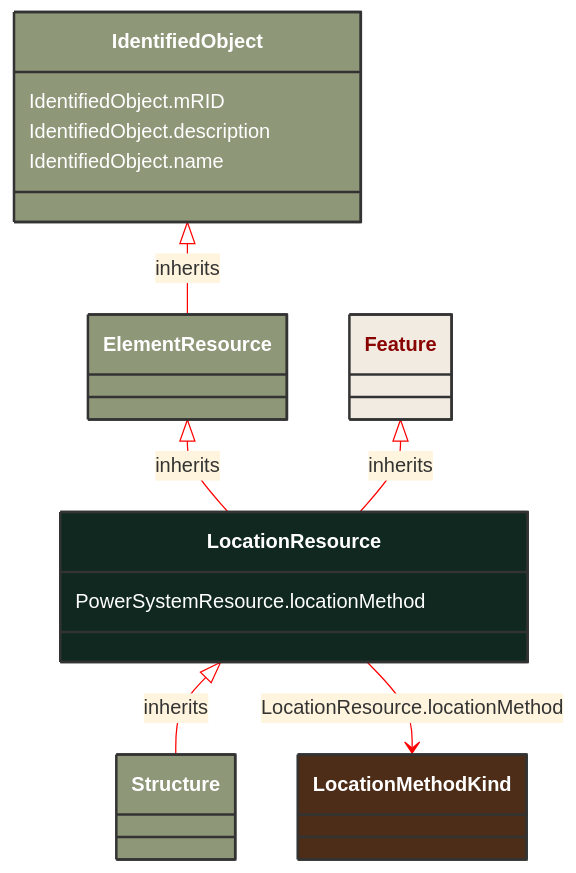
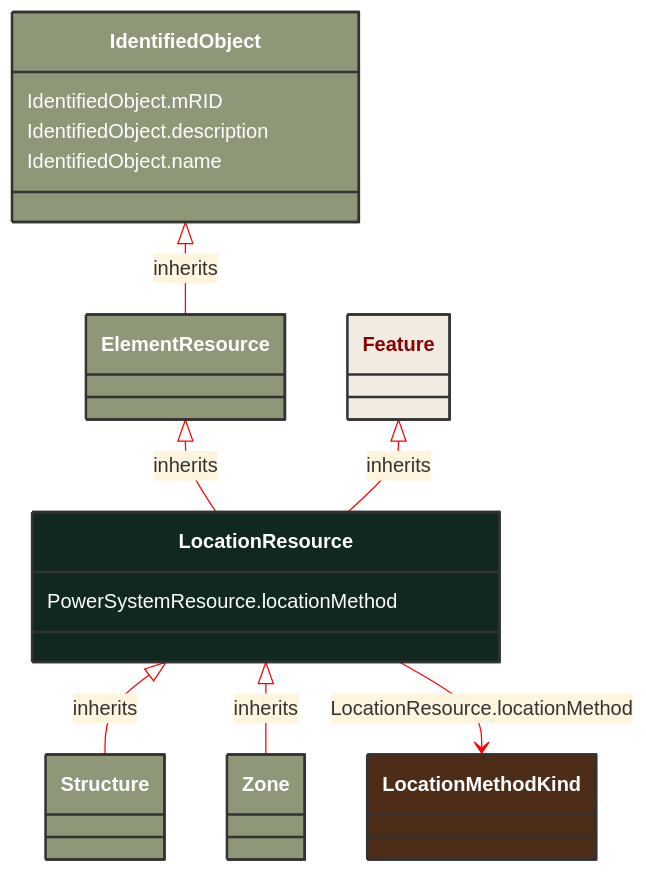
Before and after one commit to 3lbits/NoCIMExtensions: the diagram in docs/Models/Profiles/AviationObstacle/AbstractClasses/LocationResource.md, drawn with Mermaid. The commit also changed 63 other files, not shown here.

````diff
--- a/docs/Models/Profiles/AviationObstacle/AbstractClasses/LocationResource.md
+++ b/docs/Models/Profiles/AviationObstacle/AbstractClasses/LocationResource.md
@@ -10,37 +10,43 @@
 ```mermaid
 %%{init: {'theme':'base','themeVariables': {'lineColor': '#FF0000'}}}%%
 classDiagram
     class LocationResource
     click LocationResource href "/Models/Profiles/AviationObstacle/AbstractClasses/LocationResource/"
     style LocationResource fill:#102820,stroke:#333,stroke-width:2px,rx:10,ry:10,color:white
 
         LocationResource <|-- Structure : inherits
 
         Structure
             click Structure href "/Models/Profiles/AviationObstacle/AbstractClasses/Structure/"
             style Structure fill:#8F9779,stroke:#333,stroke-width:2px,rx:10,ry:10,color:white
+
+        LocationResource <|-- Zone : inherits
+
+        Zone
+            click Zone href "/Models/Profiles/AviationObstacle/ConcreteClasses/Zone/"
+            style Zone fill:#8F9779,stroke:#333,stroke-width:2px,rx:10,ry:10,color:white
      
         ElementResource <|-- LocationResource : inherits
             click ElementResource href "/Models/Profiles/AviationObstacle/AbstractClasses/ElementResource/"
             style ElementResource fill:#8F9779,stroke:#333,stroke-width:2px,rx:10,ry:10,color:white
      
         IdentifiedObject <|-- ElementResource : inherits
             click IdentifiedObject href "/Models/Profiles/AviationObstacle/AbstractClasses/IdentifiedObject/"
             style IdentifiedObject fill:#8F9779,stroke:#333,stroke-width:2px,rx:10,ry:10,color:white
 
         Feature <|-- LocationResource : inherits
             click Feature href "/Models/Profiles/AviationObstacle/ConcreteClasses/Feature/"
             style Feature fill:#F2EBE2,stroke:#333,stroke-width:2px,rx:10,ry:10,color:#8A0303
 
 
         LocationResource --> LocationMethodKind : LocationResource.locationMethod
 
         LocationMethodKind
             click LocationMethodKind href "/Models/Profiles/AviationObstacle/Enumerations/LocationMethodKind/"
             style LocationMethodKind fill:#4D2D18,stroke:#333,stroke-width:2px,rx:10,ry:10,color:white
 
         LocationResource : PowerSystemResource.locationMethod
         IdentifiedObject : IdentifiedObject.mRID
         IdentifiedObject : IdentifiedObject.description
         IdentifiedObject : IdentifiedObject.name
 ```
````
